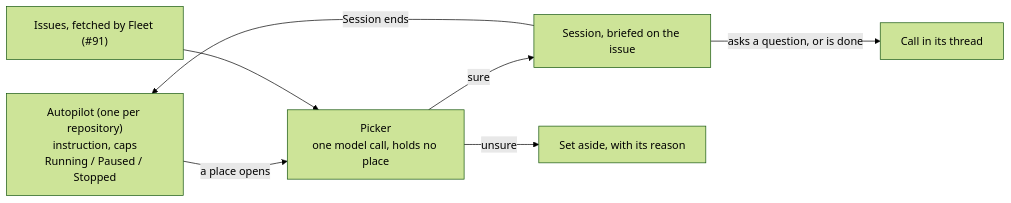
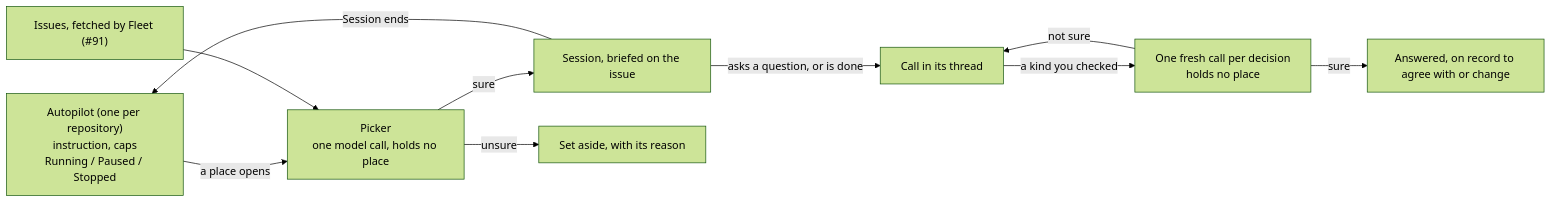
One commit to Mele-Labs/armada changed the diagram in docs/capabilities/autopilot.md. Above: the diagram before and after it, drawn with Mermaid (forest theme). The commit also changed other lines of this file and 19 other files, not shown here.

````diff
--- a/docs/capabilities/autopilot.md
+++ b/docs/capabilities/autopilot.md
@@ -19,9 +21,12 @@
 ```mermaid
 flowchart LR
   AP["Autopilot (one per repository)<br/>instruction, caps<br/>Running / Paused / Stopped"] -->|"a place opens"| PICK["Picker<br/>one model call, holds no place"]
   ISS["Issues, fetched by Fleet (#91)"] --> PICK
   PICK -->|"sure"| SES["Session, briefed on the issue"]
   PICK -->|"unsure"| ASIDE["Set aside, with its reason"]
   SES -->|"asks a question, or is done"| CARD["Call in its thread"]
+  CARD -->|"a kind you checked"| DEC["One fresh call per decision<br/>holds no place"]
+  DEC -->|"sure"| ANS["Answered, on record to agree with or change"]
+  DEC -->|"not sure"| CARD
   SES -->|"Session ends"| AP
 ```
````
